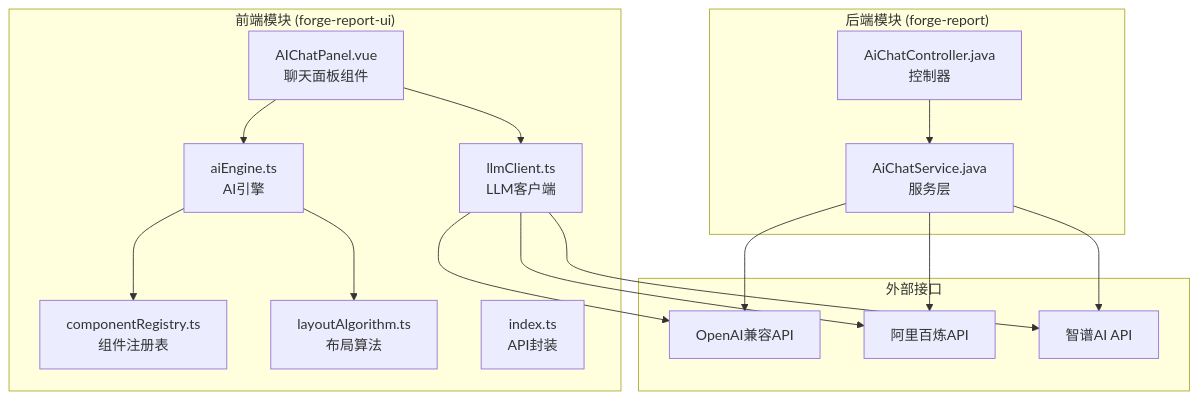
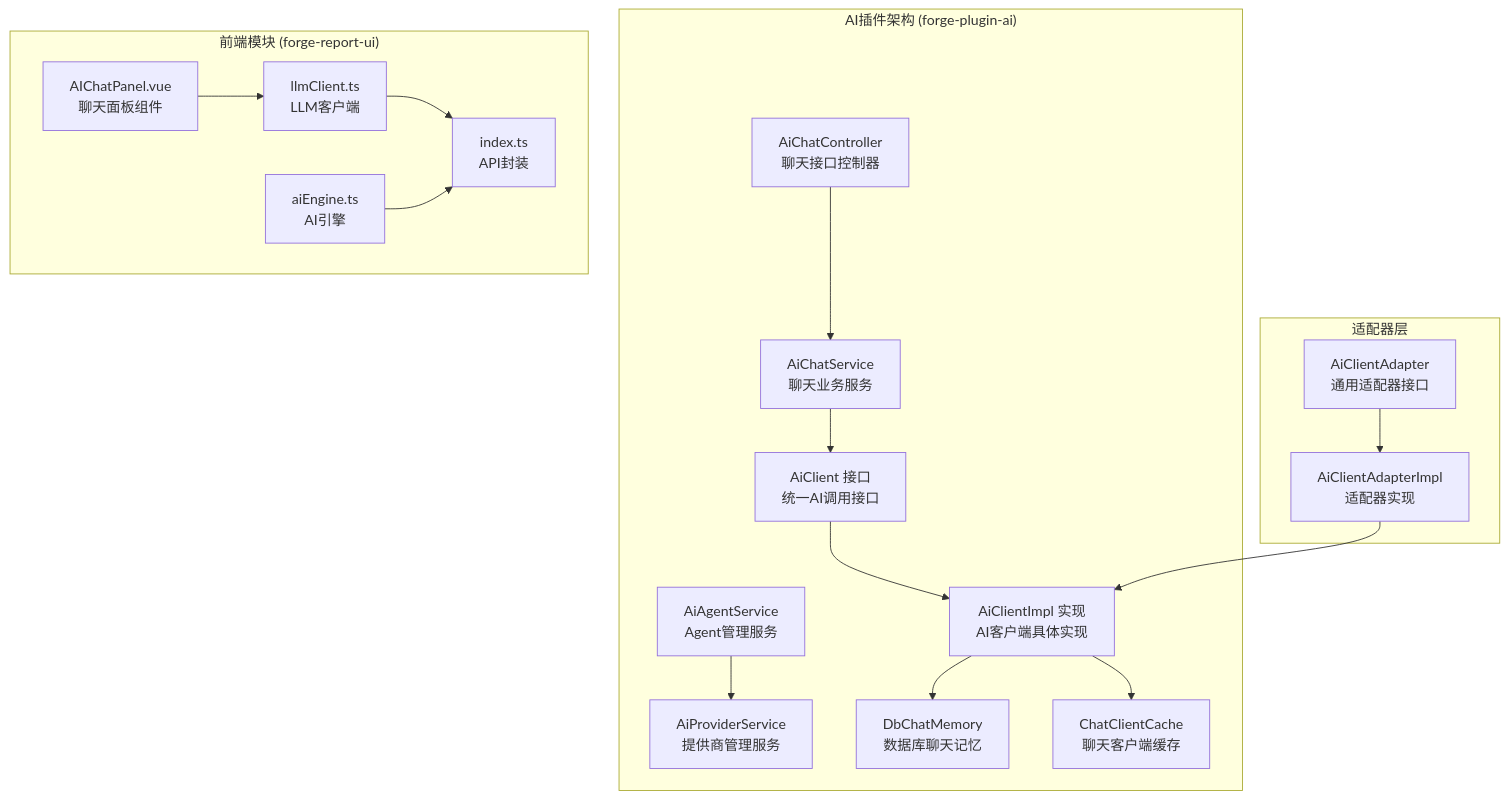
The first of 8 diagrams in .qoder/repowiki/zh/content/AI聊天对话功能.md (yaomindong1996/forge-admin), drawn with Mermaid before and after one commit. The commit also changed other lines of this file and 56 other files, not shown here.

````diff
--- a/.qoder/repowiki/zh/content/AI聊天对话功能.md
+++ b/.qoder/repowiki/zh/content/AI聊天对话功能.md
@@ -37,31 +61,34 @@
 ```mermaid
 graph TB
+subgraph "AI插件架构 (forge-plugin-ai)"
+A[AiClient 接口<br/>统一AI调用接口]
+B[AiClientImpl 实现<br/>AI客户端具体实现]
+C[AiChatController<br/>聊天接口控制器]
+D[AiChatService<br/>聊天业务服务]
+E[AiAgentService<br/>Agent管理服务]
+F[AiProviderService<br/>提供商管理服务]
+G[DbChatMemory<br/>数据库聊天记忆]
+H[ChatClientCache<br/>聊天客户端缓存]
+end
 subgraph "前端模块 (forge-report-ui)"
-A[AIChatPanel.vue<br/>聊天面板组件]
-B[llmClient.ts<br/>LLM客户端]
-C[aiEngine.ts<br/>AI引擎]
-D[componentRegistry.ts<br/>组件注册表]
-E[layoutAlgorithm.ts<br/>布局算法]
-F[index.ts<br/>API封装]
+I[AIChatPanel.vue<br/>聊天面板组件]
+J[llmClient.ts<br/>LLM客户端]
+K[aiEngine.ts<br/>AI引擎]
+L[index.ts<br/>API封装]
 end
-subgraph "后端模块 (forge-report)"
-G[AiChatController.java<br/>控制器]
-H[AiChatService.java<br/>服务层]
-end
-subgraph "外部接口"
-I[OpenAI兼容API]
-J[阿里百炼API]
-K[智谱AI API]
+subgraph "适配器层"
+M[AiClientAdapter<br/>通用适配器接口]
+N[AiClientAdapterImpl<br/>适配器实现]
 end
 A --> B
-A --> C
-B --> I
-B --> J
-B --> K
 C --> D
-C --> E
-G --> H
-H --> I
-H --> J
-H --> K
+D --> A
+E --> F
+B --> G
+B --> H
+M --> N
+N --> B
+I --> J
+J --> L
+K --> L
 ```
````
